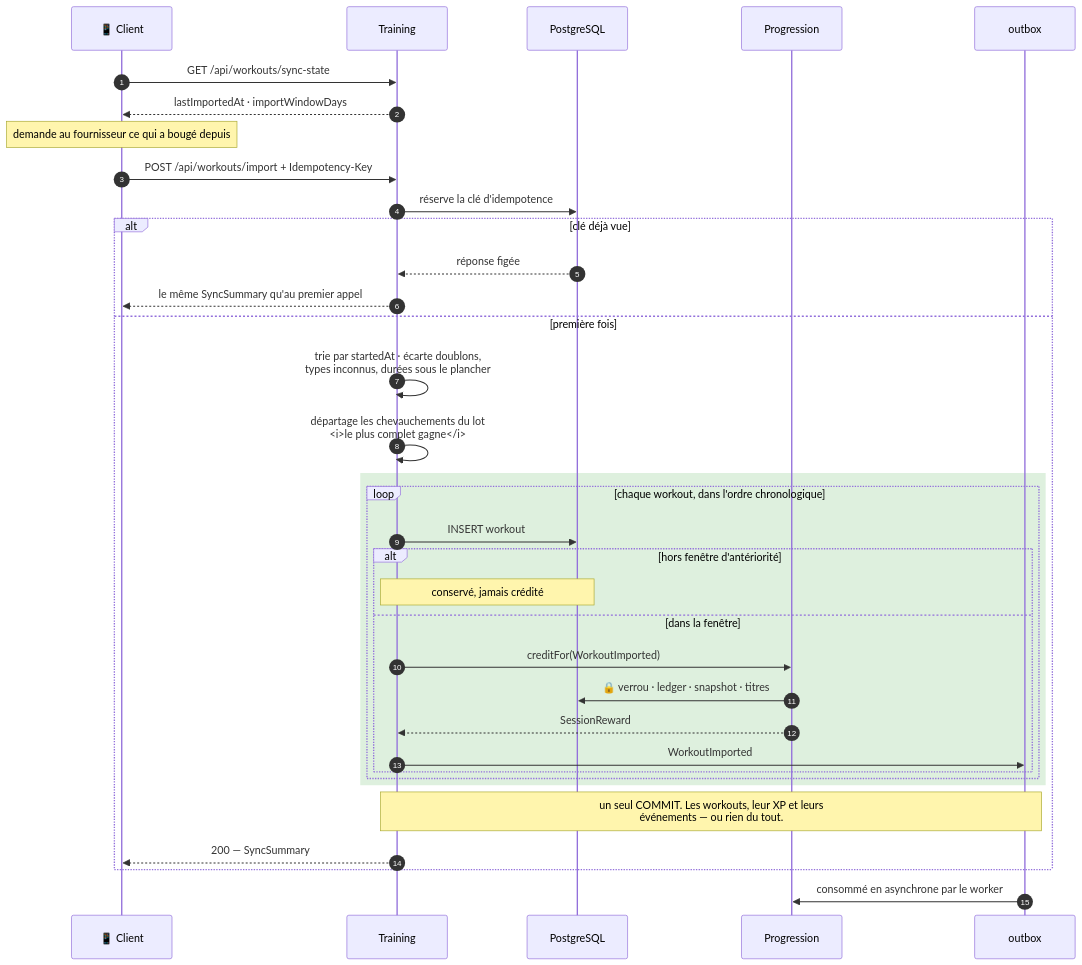
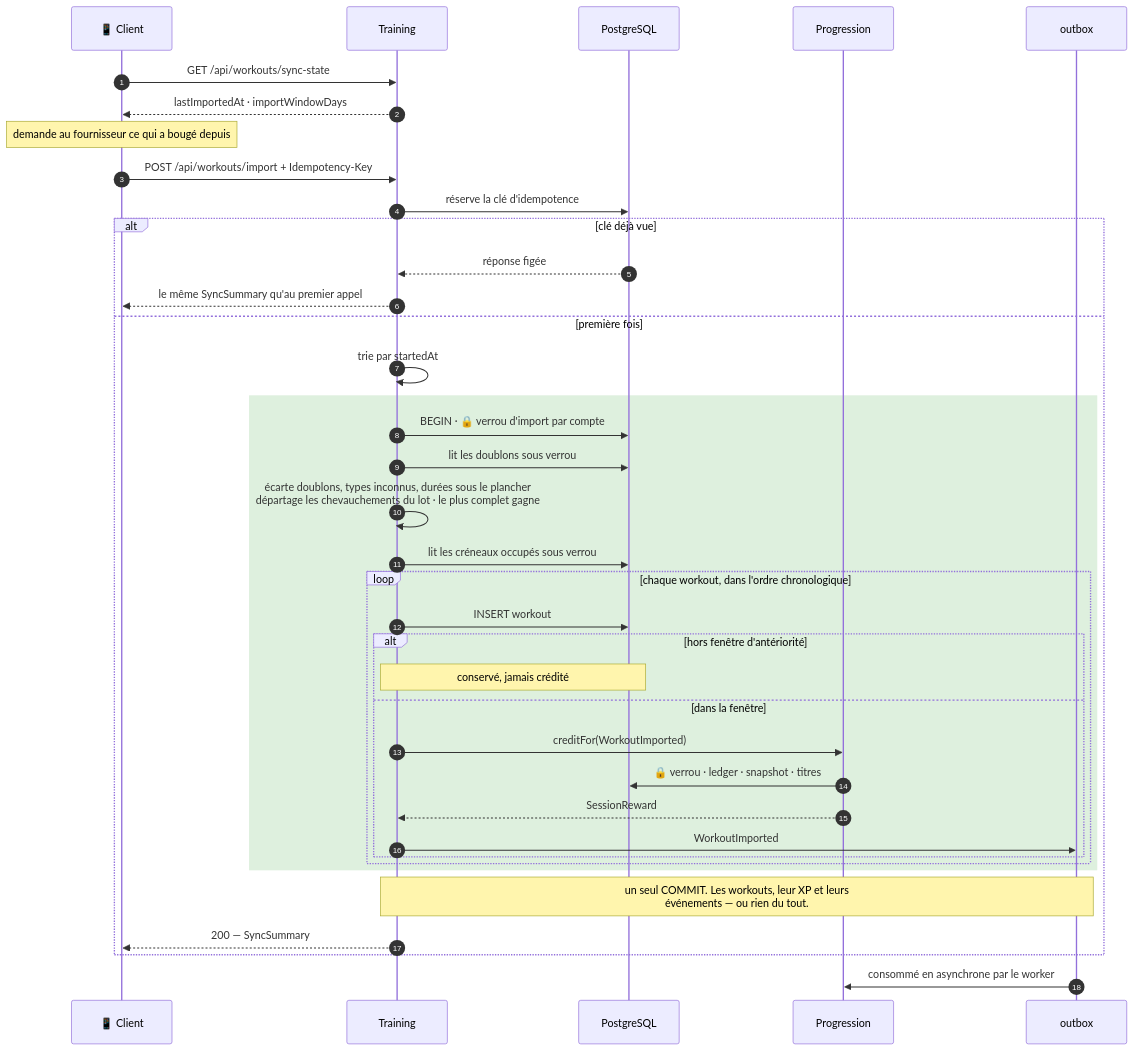
The fifth of 14 diagrams in ARCHITECTURE.md (younesdiouri/grrind-back), drawn with Mermaid before and after one commit. The commit also changed other lines of this file and 6 other files, not shown here.

````diff
--- a/ARCHITECTURE.md
+++ b/ARCHITECTURE.md
@@ -158,40 +158,43 @@
 ```mermaid
 sequenceDiagram
     autonumber
     participant C as 📱 Client
     participant T as Training
     participant DB as PostgreSQL
     participant P as Progression
     participant OB as outbox
 
     C->>T: GET /api/workouts/sync-state
     T-->>C: lastImportedAt · importWindowDays
     Note over C: demande au fournisseur ce qui a bougé depuis
 
     C->>T: POST /api/workouts/import + Idempotency-Key
     T->>DB: réserve la clé d'idempotence
     alt clé déjà vue
         DB-->>T: réponse figée
         T-->>C: le même SyncSummary qu'au premier appel
     else première fois
-        T->>T: trie par startedAt · écarte doublons,<br/>types inconnus, durées sous le plancher
-        T->>T: départage les chevauchements du lot<br/><i>le plus complet gagne</i>
+        T->>T: trie par startedAt
         rect rgb(222,240,222)
+            T->>DB: BEGIN · 🔒 verrou d'import par compte
+            T->>DB: lit les doublons sous verrou
+            T->>T: écarte doublons, types inconnus, durées sous le plancher<br/>départage les chevauchements du lot · le plus complet gagne
+            T->>DB: lit les créneaux occupés sous verrou
             loop chaque workout, dans l'ordre chronologique
                 T->>DB: INSERT workout
                 alt hors fenêtre d'antériorité
                     Note over T,DB: conservé, jamais crédité
                 else dans la fenêtre
                     T->>P: creditFor(WorkoutImported)
                     P->>DB: 🔒 verrou · ledger · snapshot · titres
                     P-->>T: SessionReward
                     T->>OB: WorkoutImported
                 end
             end
         end
         Note over T,OB: un seul COMMIT. Les workouts, leur XP et leurs<br/>événements — ou rien du tout.
         T-->>C: 200 — SyncSummary
     end
 
     OB->>P: consommé en asynchrone par le worker
 ```
````
